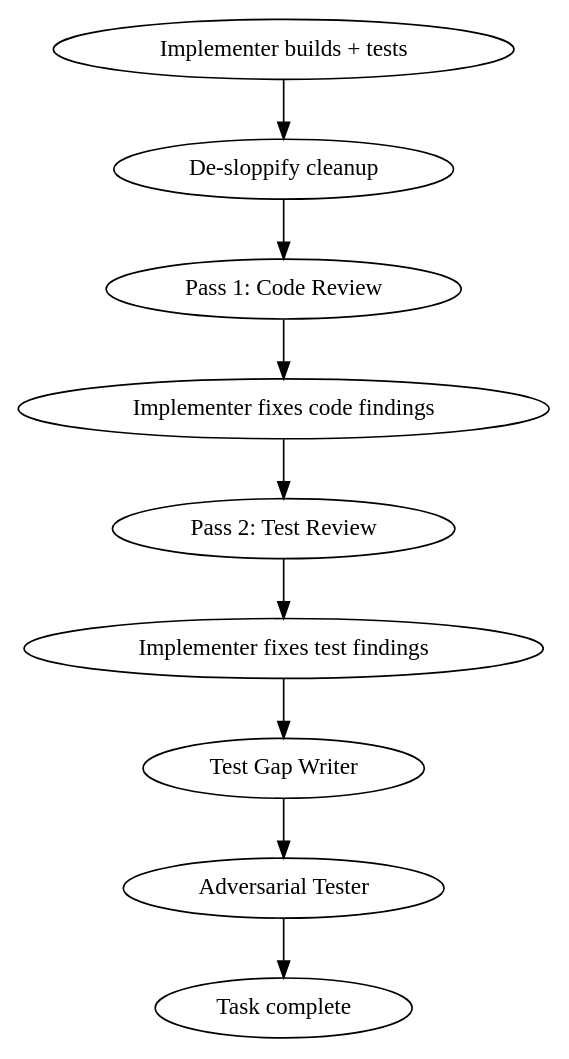
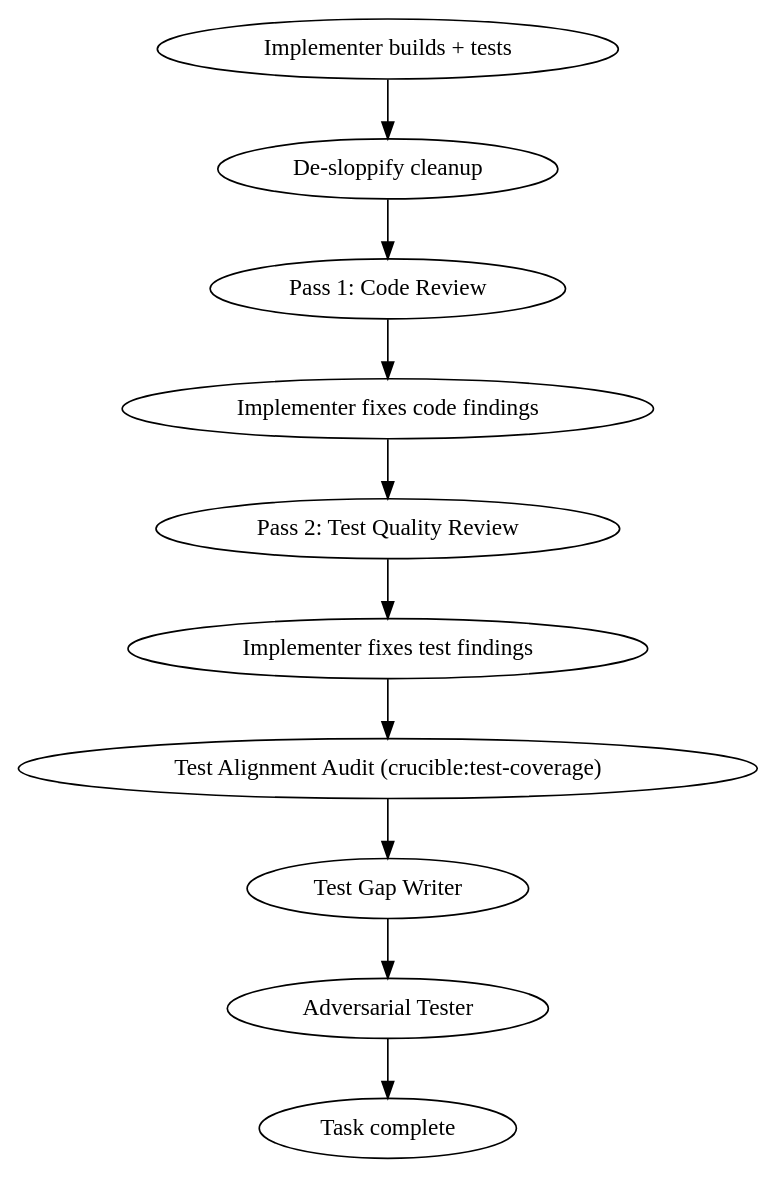
Before and after one commit to coreyfloyd/crucible: the diagram in skills/build/SKILL.md, drawn with Graphviz. The commit also changed other lines of this file and 4 other files, not shown here.

First line of the commit message:
feat: integrate crucible:test-coverage into build, finish, and code-review

````diff
--- a/skills/build/SKILL.md
+++ b/skills/build/SKILL.md
@@ -195,12 +195,13 @@
 ```dot
 digraph review {
   "Implementer builds + tests" -> "De-sloppify cleanup";
   "De-sloppify cleanup" -> "Pass 1: Code Review";
   "Pass 1: Code Review" -> "Implementer fixes code findings";
-  "Implementer fixes code findings" -> "Pass 2: Test Review";
-  "Pass 2: Test Review" -> "Implementer fixes test findings";
-  "Implementer fixes test findings" -> "Test Gap Writer";
+  "Implementer fixes code findings" -> "Pass 2: Test Quality Review";
+  "Pass 2: Test Quality Review" -> "Implementer fixes test findings";
+  "Implementer fixes test findings" -> "Test Alignment Audit (crucible:test-coverage)";
+  "Test Alignment Audit (crucible:test-coverage)" -> "Test Gap Writer";
   "Test Gap Writer" -> "Adversarial Tester";
   "Adversarial Tester" -> "Task complete";
 }
 ```
````
